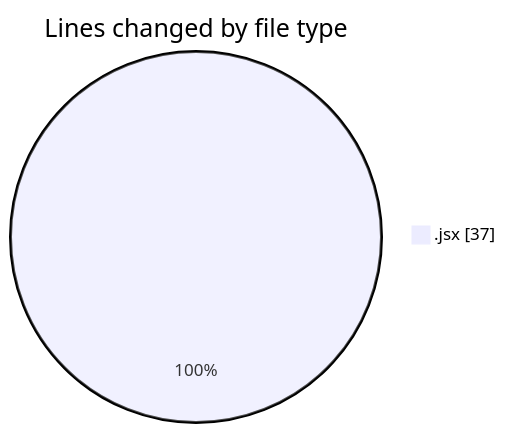
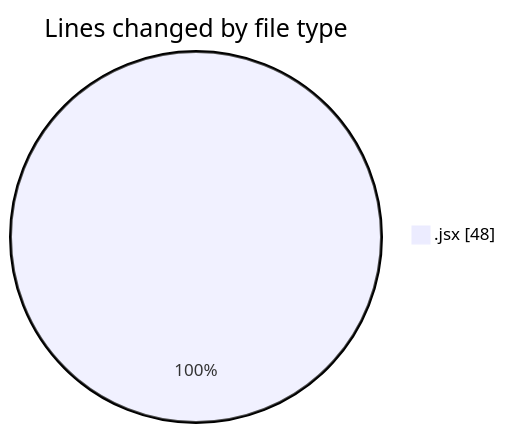
Before and after one commit to Elitesun/code-tracking: the first of 2 diagrams in 2025-01-29/react/README.md, drawn with Mermaid. The commit also changed other lines of this file and 1 other file, not shown here.

````diff
--- a/2025-01-29/react/README.md
+++ b/2025-01-29/react/README.md
@@ -23,5 +23,5 @@
 ```mermaid
 pie showData
 title Lines changed by file type
-".jsx" : 37
+".jsx" : 48
 ```
````
